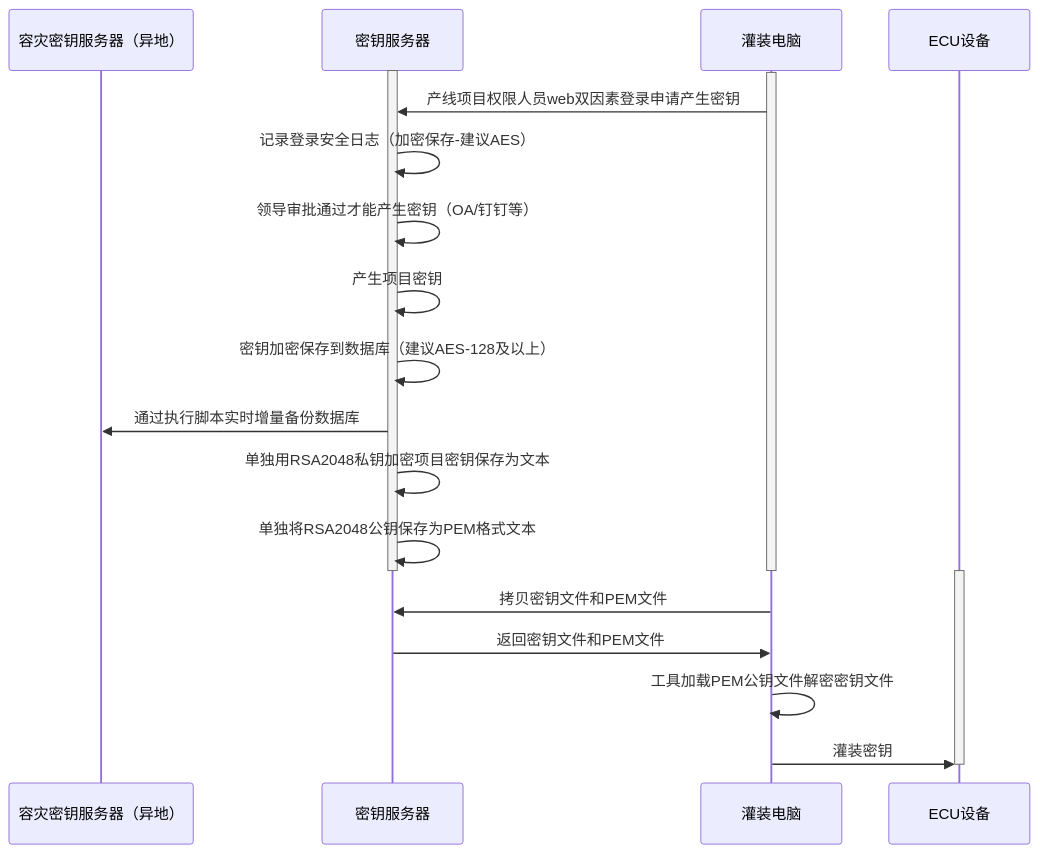
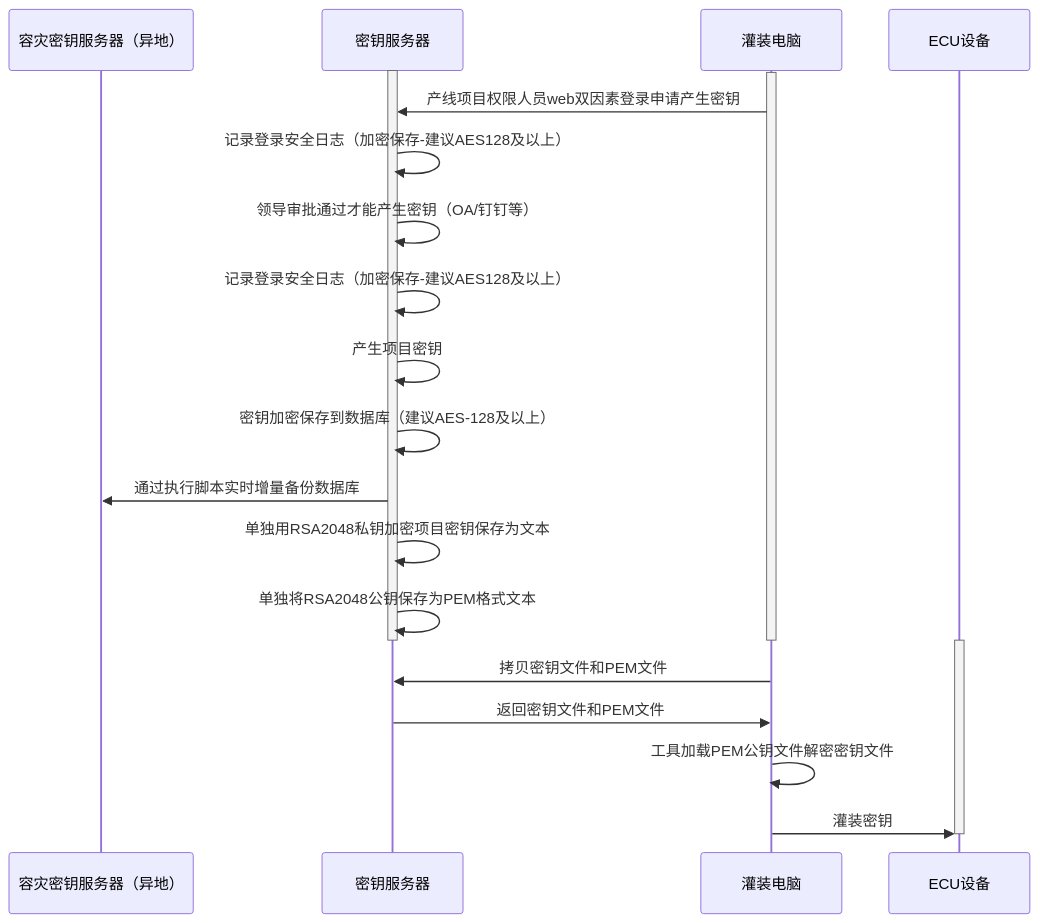
The diagram in all/未命名-15.md (facebook-cloud/iodraw-files), drawn with Mermaid before and after one commit.

Commit message:
2026-02-11 19:38:10 update

````diff
--- a/all/未命名-15.md
+++ b/all/未命名-15.md
@@ -1,29 +1,30 @@
 ```mermaid
 sequenceDiagram
     participant A as 容灾密钥服务器（异地）
     participant B as 密钥服务器
     participant D as 灌装电脑
     participant E as ECU设备
 
     activate B
     activate D
     D->>B: 产线项目权限人员web双因素登录申请产生密钥
-    B->>B: 记录登录安全日志（加密保存-建议AES）
+    B->>B: 记录登录安全日志（加密保存-建议AES128及以上）
     B->>B: 领导审批通过才能产生密钥（OA/钉钉等）
+    B->>B: 记录登录安全日志（加密保存-建议AES128及以上）
     B->>B: 产生项目密钥
     B->>B: 密钥加密保存到数据库（建议AES-128及以上）
     B->>A: 通过执行脚本实时增量备份数据库
 
     B->>B: 单独用RSA2048私钥加密项目密钥保存为文本
     B->>B: 单独将RSA2048公钥保存为PEM格式文本
     deactivate B
     deactivate D
 
     activate E
     D->>B: 拷贝密钥文件和PEM文件
     B->>D: 返回密钥文件和PEM文件
     D->>D:工具加载PEM公钥文件解密密钥文件
     D->>E: 灌装密钥
     deactivate E
 
 ```
````
